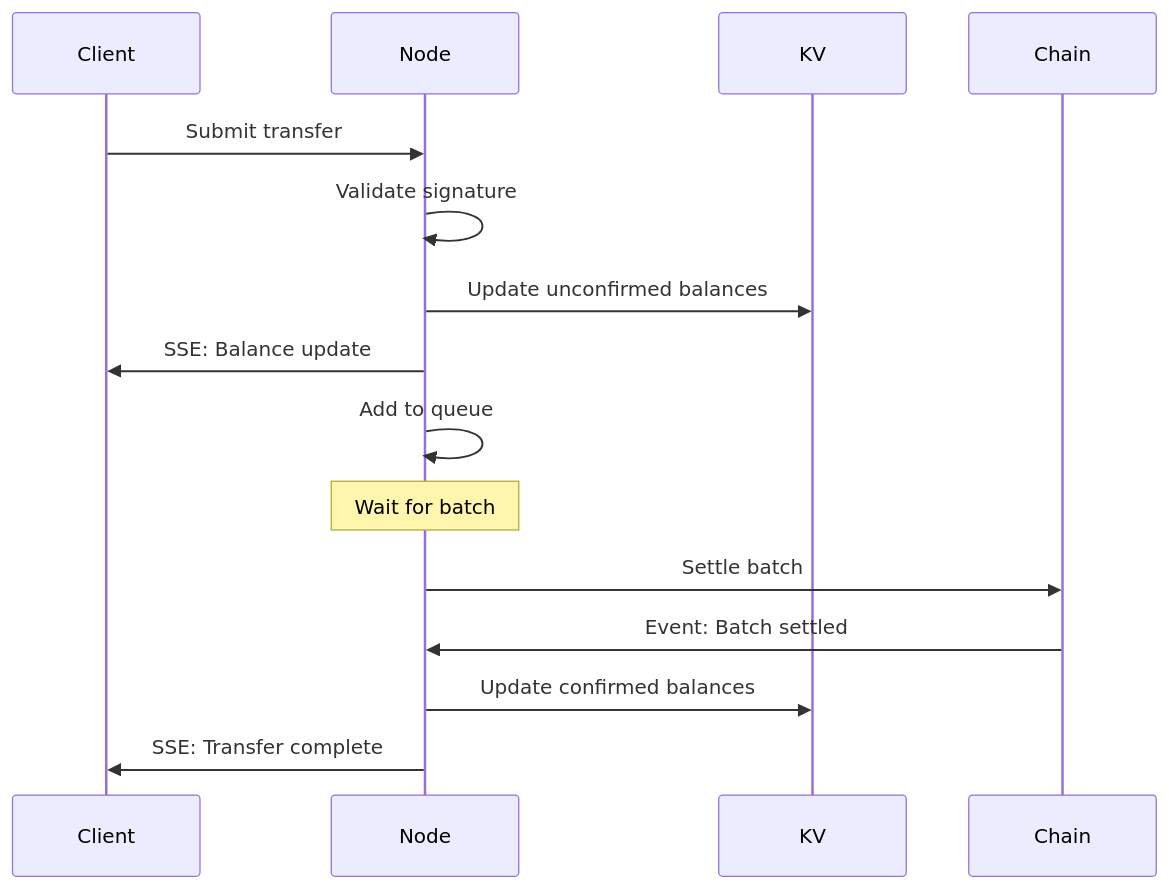
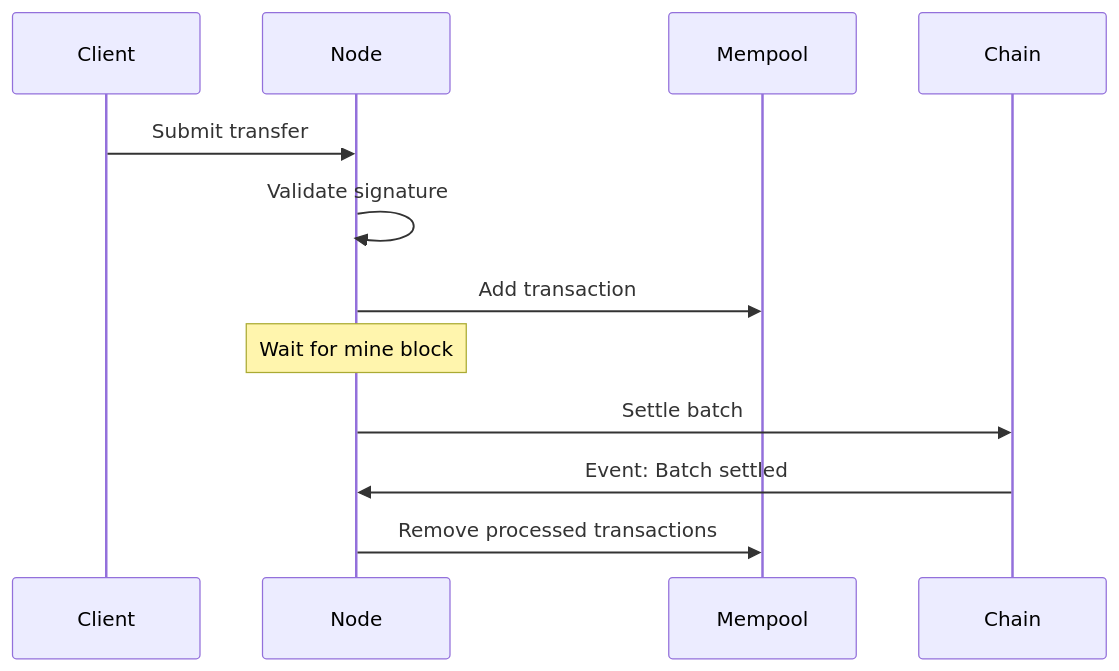
The second of 3 diagrams in docs/ARCHITECTURE.md (r0zar/blaze), drawn with Mermaid before and after one commit. The commit also changed other lines of this file and 10 other files, not shown here.

````diff
--- a/docs/ARCHITECTURE.md
+++ b/docs/ARCHITECTURE.md
@@ -145,18 +99,15 @@
 ```mermaid
 sequenceDiagram
     participant Client
     participant Node
-    participant KV
+    participant Mempool
     participant Chain
 
     Client->>Node: Submit transfer
     Node->>Node: Validate signature
-    Node->>KV: Update unconfirmed balances
-    Node->>Client: SSE: Balance update
-    Node->>Node: Add to queue
-    Note over Node: Wait for batch
+    Node->>Mempool: Add transaction
+    Note over Node: Wait for mine block
     Node->>Chain: Settle batch
     Chain->>Node: Event: Batch settled
-    Node->>KV: Update confirmed balances
-    Node->>Client: SSE: Transfer complete
+    Node->>Mempool: Remove processed transactions
 ```
````
